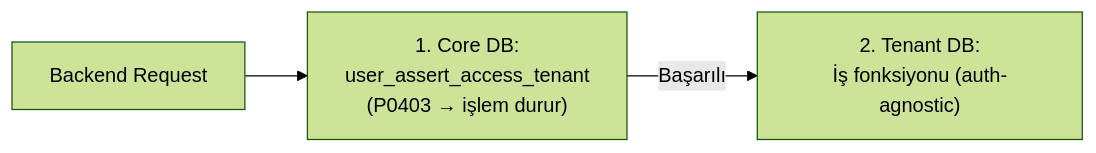
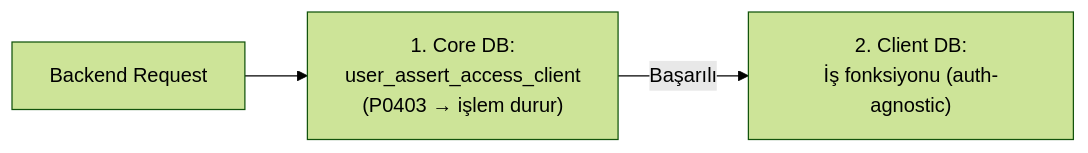
The fifth of 5 diagrams in .docs/reference/PROJECT_OVERVIEW.md (frhtshn/One.DB), drawn with Mermaid (forest theme) before and after one commit. The commit also changed other lines of this file and 442 other files, not shown here.

First line of the commit message:
Nucleo → Sortis One ve tenant → client içerik güncellemeleri

````diff
--- a/.docs/reference/PROJECT_OVERVIEW.md
+++ b/.docs/reference/PROJECT_OVERVIEW.md
@@ -516,5 +485,5 @@
 ```mermaid
 flowchart LR
-    R["Backend Request"] --> A["1. Core DB:<br/>user_assert_access_tenant<br/>(P0403 → işlem durur)"]
-    A -- "Başarılı" --> B["2. Tenant DB:<br/>İş fonksiyonu (auth-agnostic)"]
+    R["Backend Request"] --> A["1. Core DB:<br/>user_assert_access_client<br/>(P0403 → işlem durur)"]
+    A -- "Başarılı" --> B["2. Client DB:<br/>İş fonksiyonu (auth-agnostic)"]
 ```
````
